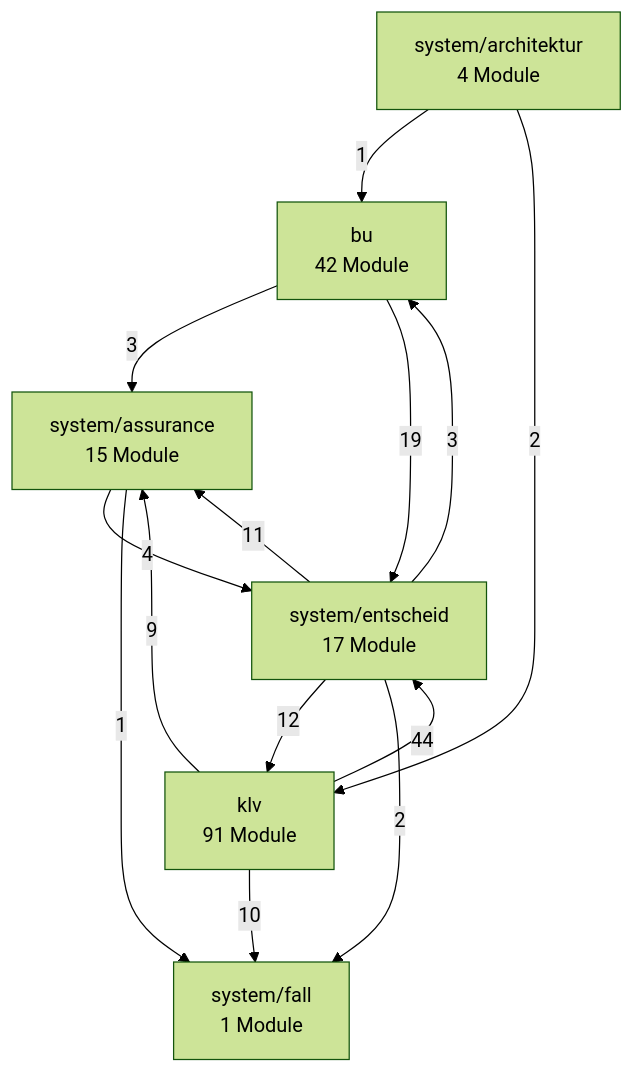
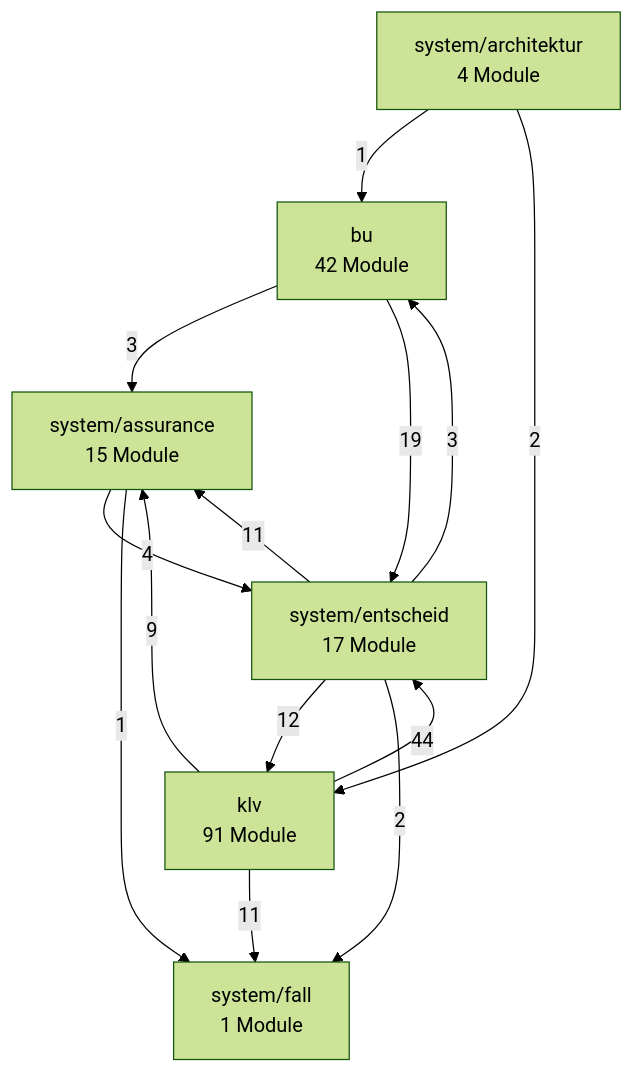
One commit to bartlmac/rechner-pipeline changed the second of 3 diagrams in docs/architektur/landkarte.md. Above: the diagram before and after it, drawn with Mermaid (forest theme). The commit also changed other lines of this file and 10 other files, not shown here.

````diff
--- a/docs/architektur/landkarte.md
+++ b/docs/architektur/landkarte.md
@@ -80,23 +80,23 @@
 ```mermaid
 %% Fachknoten — erzeugt von ontologie.landkarte
 flowchart TD
     bu["bu<br/>42 Module"]
     klv["klv<br/>91 Module"]
     system_architektur["system/architektur<br/>4 Module"]
     system_assurance["system/assurance<br/>15 Module"]
     system_entscheid["system/entscheid<br/>17 Module"]
     system_fall["system/fall<br/>1 Module"]
     bu -- 3 --> system_assurance
     bu -- 19 --> system_entscheid
     klv -- 9 --> system_assurance
     klv -- 44 --> system_entscheid
-    klv -- 10 --> system_fall
+    klv -- 11 --> system_fall
     system_architektur -- 1 --> bu
     system_architektur -- 2 --> klv
     system_assurance -- 4 --> system_entscheid
     system_assurance -- 1 --> system_fall
     system_entscheid -- 3 --> bu
     system_entscheid -- 12 --> klv
     system_entscheid -- 11 --> system_assurance
     system_entscheid -- 2 --> system_fall
 ```
````
